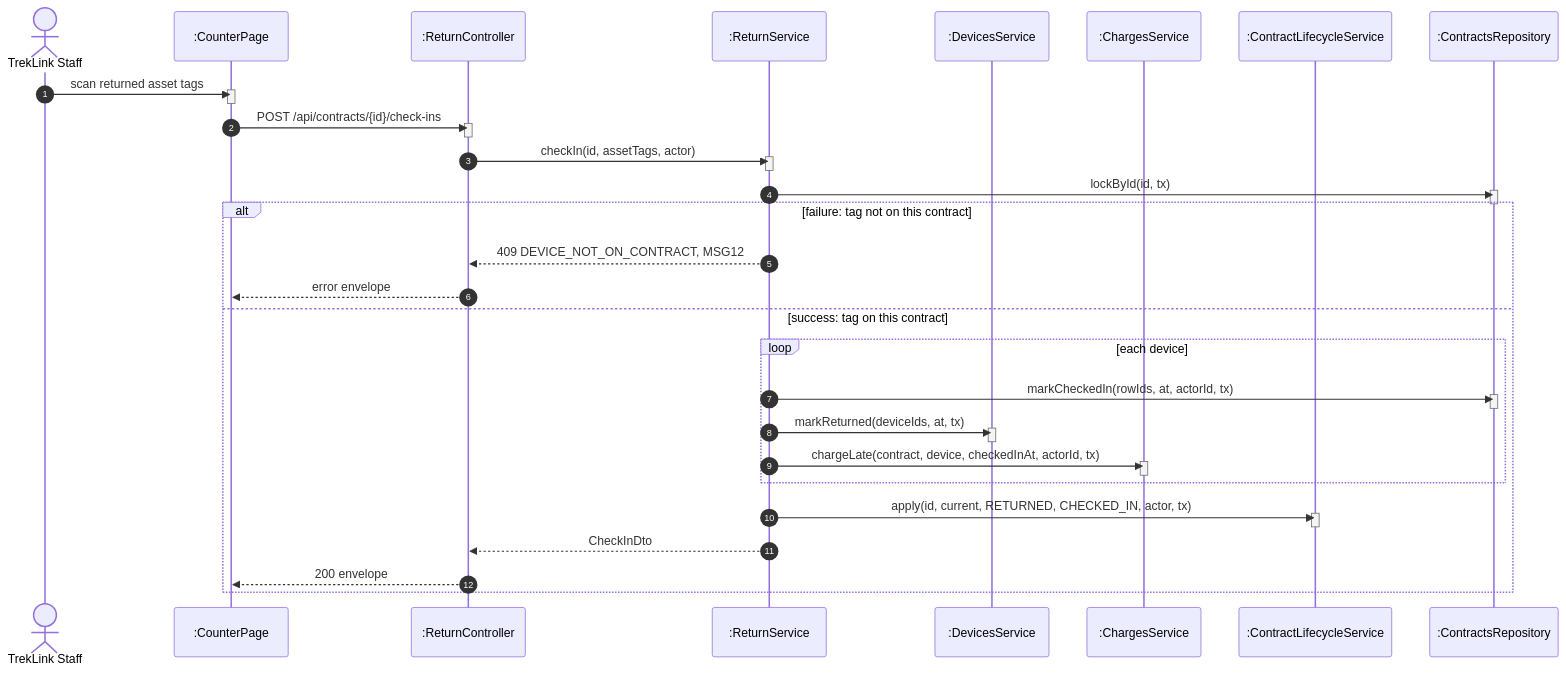
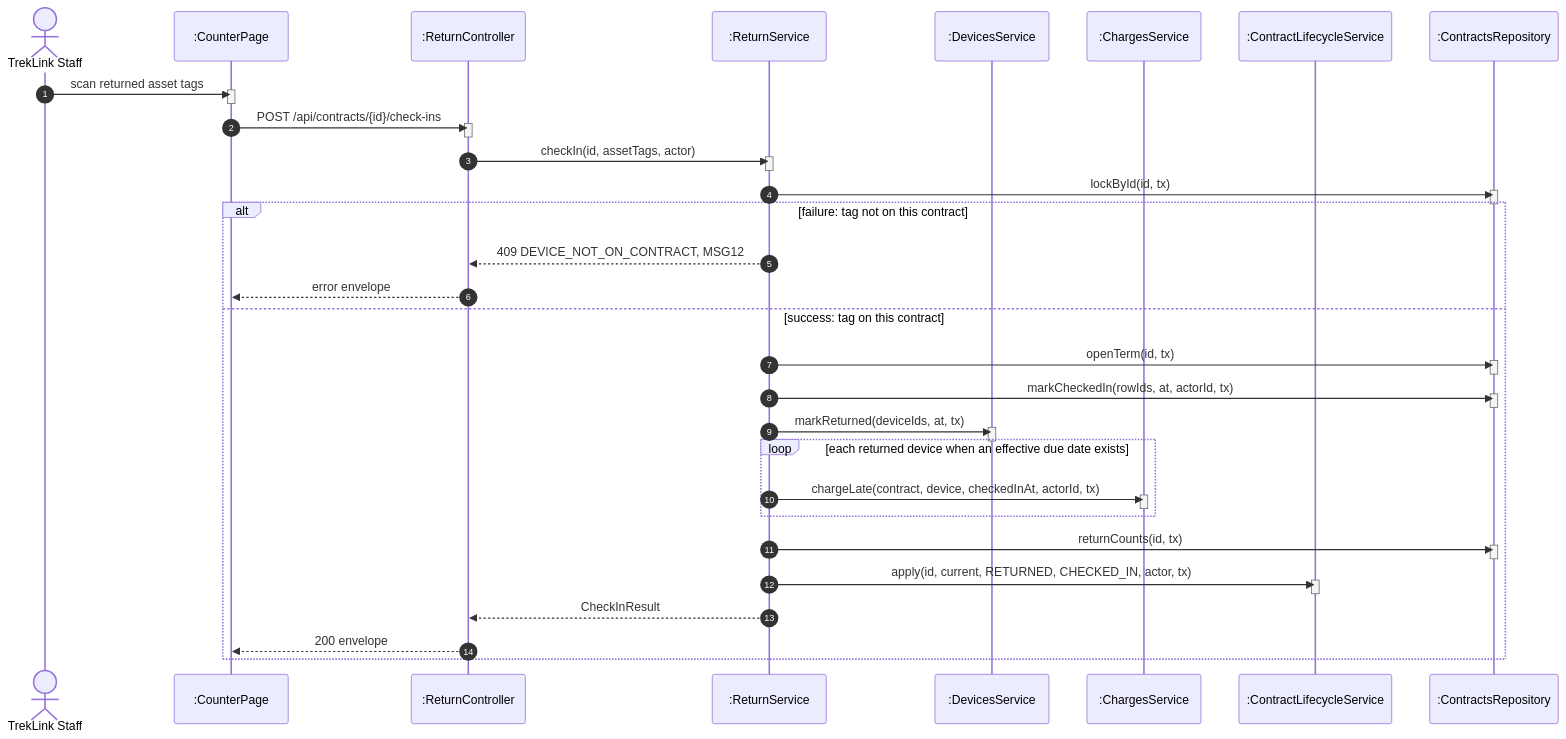
Diagram 21 of 29 in specs/rentals/design.md (TrekLink-Team/treklink-web), drawn with Mermaid before and after one commit. The commit also changed other lines of this file and 23 other files, not shown here.

````diff
--- a/specs/rentals/design.md
+++ b/specs/rentals/design.md
@@ -806,45 +809,51 @@
 ```mermaid
 sequenceDiagram
     autonumber
     actor St as TrekLink Staff
     participant P as :CounterPage
     participant C as :ReturnController
     participant S as :ReturnService
     participant D as :DevicesService
     participant Ch as :ChargesService
     participant L as :ContractLifecycleService
     participant R as :ContractsRepository
     St->>P: scan returned asset tags
     activate P
     deactivate P
     P->>C: POST /api/contracts/{id}/check-ins
     activate C
     deactivate C
     C->>S: checkIn(id, assetTags, actor)
     activate S
     deactivate S
     S->>R: lockById(id, tx)
     activate R
     deactivate R
     alt failure: tag not on this contract
         S-->>C: 409 DEVICE_NOT_ON_CONTRACT, MSG12
         C-->>P: error envelope
     else success: tag on this contract
-        loop each device
-            S->>R: markCheckedIn(rowIds, at, actorId, tx)
-            activate R
-            deactivate R
-            S->>D: markReturned(deviceIds, at, tx)
-            activate D
-            deactivate D
+        S->>R: openTerm(id, tx)
+        activate R
+        deactivate R
+        S->>R: markCheckedIn(rowIds, at, actorId, tx)
+        activate R
+        deactivate R
+        S->>D: markReturned(deviceIds, at, tx)
+        activate D
+        deactivate D
+        loop each returned device when an effective due date exists
             S->>Ch: chargeLate(contract, device, checkedInAt, actorId, tx)
             activate Ch
             deactivate Ch
         end
+        S->>R: returnCounts(id, tx)
+        activate R
+        deactivate R
         S->>L: apply(id, current, RETURNED, CHECKED_IN, actor, tx)
         activate L
         deactivate L
-        S-->>C: CheckInDto
+        S-->>C: CheckInResult
         C-->>P: 200 envelope
     end
 ```
````
